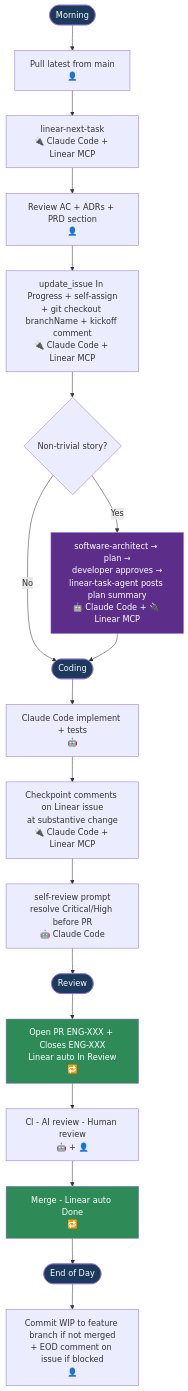
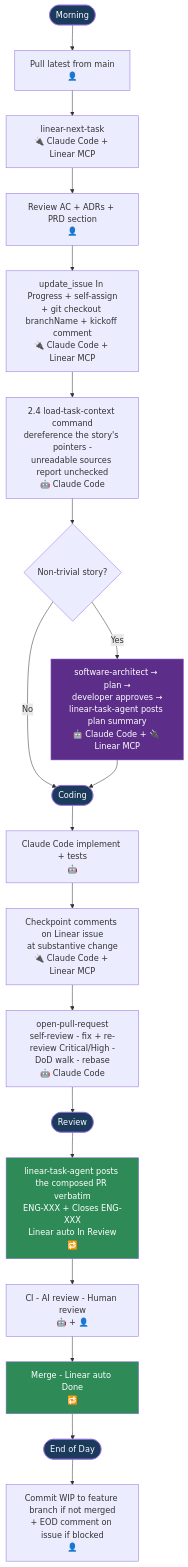
One commit to kalpat-allion/ai-dlc changed the eighth of 8 diagrams in aidlc-phases/03-development/FLOWCHART.md. Above: the diagram before and after it, drawn with Mermaid. The commit also changed other lines of this file and 16 other files, not shown here.

First line of the commit message:
feat(phase-3): convert remaining development prompts into four Claude Code artifacts

````diff
--- a/aidlc-phases/03-development/FLOWCHART.md
+++ b/aidlc-phases/03-development/FLOWCHART.md
@@ -337,31 +342,32 @@
 ```mermaid
 flowchart TD
     DW_M([Morning]) --> DW_M1[Pull latest from main<br/>👤]
     DW_M1 --> DW_M2[linear-next-task<br/>🔌 Claude Code + Linear MCP]
     DW_M2 --> DW_M3[Review AC + ADRs + PRD section<br/>👤]
     DW_M3 --> DW_M4[update_issue In Progress + self-assign<br/>+ git checkout branchName + kickoff comment<br/>🔌 Claude Code + Linear MCP]
-    DW_M4 --> DW_DESIGN{Non-trivial story?}
+    DW_M4 --> DW_M5[2.4 load-task-context command<br/>dereference the story's pointers -<br/>unreadable sources report unchecked<br/>🤖 Claude Code]
+    DW_M5 --> DW_DESIGN{Non-trivial story?}
     DW_DESIGN -- No --> DW_C([Coding])
     DW_DESIGN -- Yes --> DW_D[software-architect → plan →<br/>developer approves →<br/>linear-task-agent posts plan summary<br/>🤖 Claude Code + 🔌 Linear MCP]
     DW_D --> DW_C
 
     DW_C --> DW_C1[Claude Code implement + tests<br/>🤖]
     DW_C1 --> DW_C2[Checkpoint comments on Linear issue<br/>at substantive change<br/>🔌 Claude Code + Linear MCP]
-    DW_C2 --> DW_C3[self-review prompt<br/>resolve Critical/High before PR<br/>🤖 Claude Code]
+    DW_C2 --> DW_C3[open-pull-request<br/>self-review - fix + re-review Critical/High -<br/>DoD walk - rebase<br/>🤖 Claude Code]
     DW_C3 --> DW_R([Review])
 
-    DW_R --> DW_R1[Open PR ENG-XXX + Closes ENG-XXX<br/>Linear auto In Review<br/>🔁]
+    DW_R --> DW_R1[linear-task-agent posts the composed PR verbatim<br/>ENG-XXX + Closes ENG-XXX<br/>Linear auto In Review<br/>🔁]
     DW_R1 --> DW_R2[CI - AI review - Human review<br/>🤖 + 👤]
     DW_R2 --> DW_R3[Merge - Linear auto Done<br/>🔁]
     DW_R3 --> DW_E([End of Day])
 
     DW_E --> DW_E1[Commit WIP to feature branch if not merged<br/>+ EOD comment on issue if blocked<br/>👤]
 
     style DW_M fill:#1B3A5C,color:#fff
     style DW_C fill:#1B3A5C,color:#fff
     style DW_R fill:#1B3A5C,color:#fff
     style DW_E fill:#1B3A5C,color:#fff
     style DW_D fill:#5C2E8A,color:#fff
     style DW_R1 fill:#2E8B57,color:#fff
     style DW_R3 fill:#2E8B57,color:#fff
 ```
````
